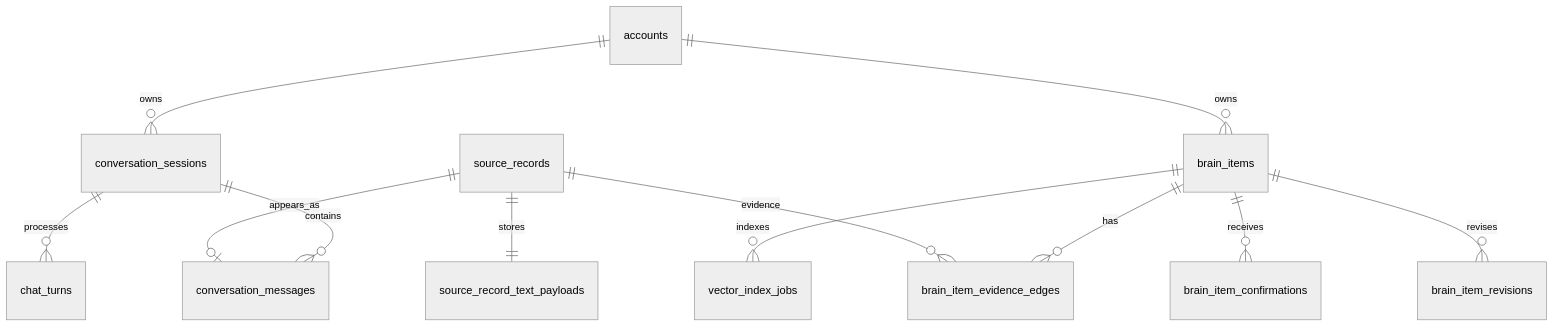
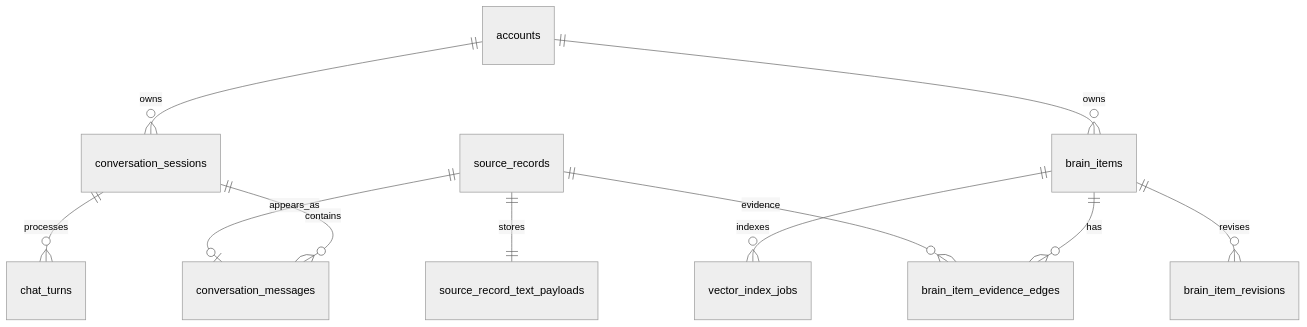
Before and after one commit to kkyosuke/me-builder: the third of 7 diagrams in docs/architecture/diary-chat-implementation-design.md, drawn with Mermaid (neutral theme). The commit also changed other lines of this file and 5 other files, not shown here.

Commit message:
docs(docs): simplify brain item lifecycle

````diff
--- a/docs/architecture/diary-chat-implementation-design.md
+++ b/docs/architecture/diary-chat-implementation-design.md
@@ -141,14 +141,13 @@
 ```mermaid
 erDiagram
     accounts ||--o{ conversation_sessions : owns
     conversation_sessions ||--o{ conversation_messages : contains
     conversation_sessions ||--o{ chat_turns : processes
     source_records ||--|| source_record_text_payloads : stores
     source_records ||--o| conversation_messages : appears_as
     accounts ||--o{ brain_items : owns
     brain_items ||--o{ vector_index_jobs : indexes
     brain_items ||--o{ brain_item_evidence_edges : has
     source_records ||--o{ brain_item_evidence_edges : evidence
-    brain_items ||--o{ brain_item_confirmations : receives
     brain_items ||--o{ brain_item_revisions : revises
 ```
````
